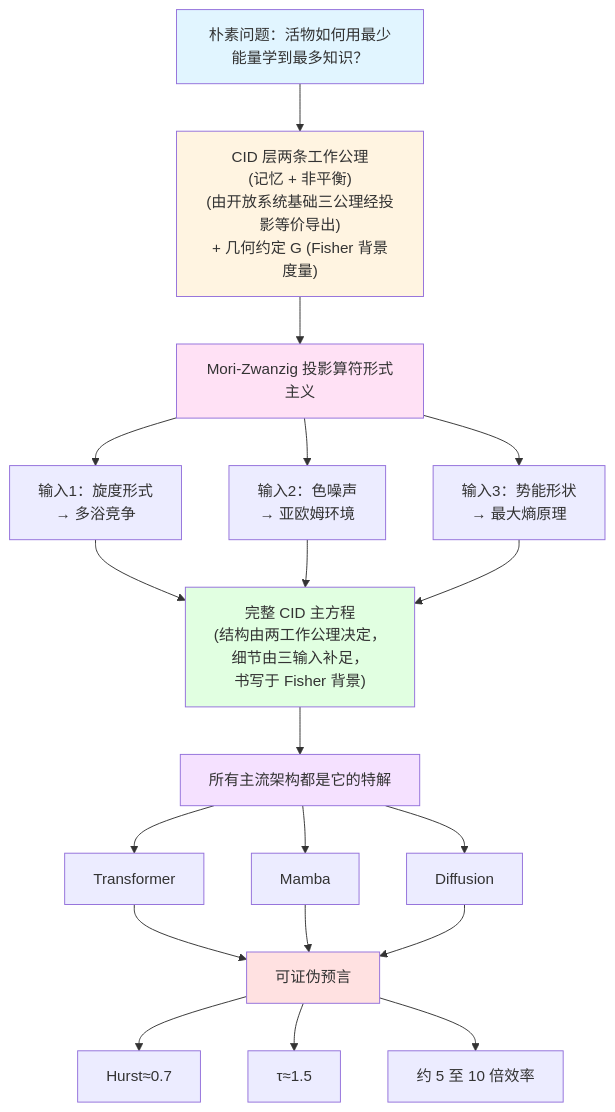
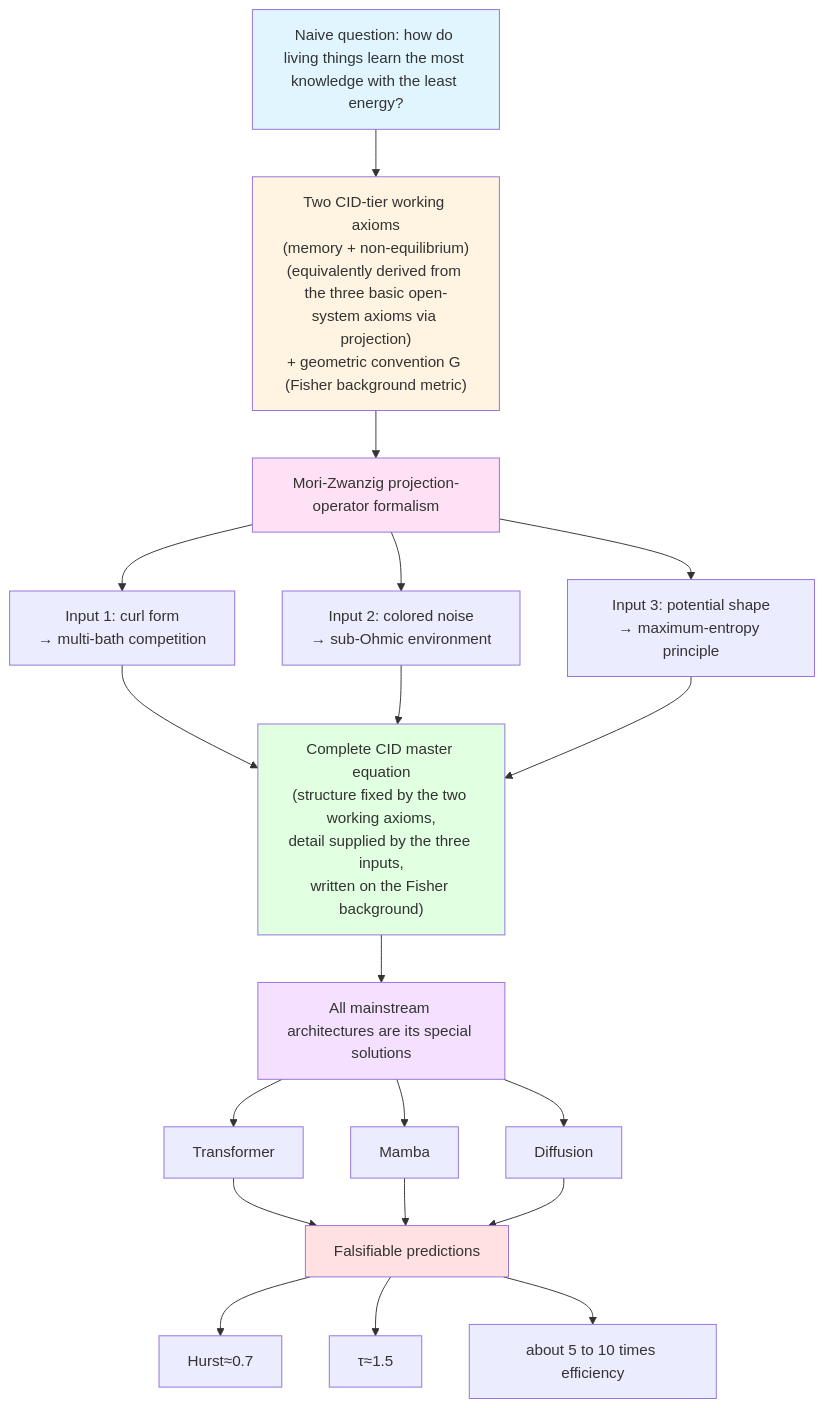
One commit to gwailee/uid changed the diagram in tmp.md. Above: the diagram before and after it, drawn with Mermaid. The commit also changed other lines of this file, not shown here.

````diff
--- a/tmp.md
+++ b/tmp.md
@@ -227,44 +227,44 @@
 ```mermaid
 graph TD
-    A["朴素问题：活物如何用最少能量学到最多知识？"]
-    B["CID 层两条工作公理<br/>(记忆 + 非平衡)<br/>(由开放系统基础三公理经投影等价导出)<br/>+ 几何约定 G (Fisher 背景度量)"]
-    C["Mori-Zwanzig 投影算符形式主义"]
-    D1["输入1：旋度形式<br/>→ 多浴竞争"]
-    D2["输入2：色噪声<br/>→ 亚欧姆环境"]
-    D3["输入3：势能形状<br/>→ 最大熵原理"]
-    E["完整 CID 主方程<br/>(结构由两工作公理决定，<br/>细节由三输入补足，<br/>书写于 Fisher 背景)"]
-    F["所有主流架构都是它的特解"]
+    A["Naive question: how do living things learn the most knowledge with the least energy?"]
+    B["Two CID-tier working axioms<br/>(memory + non-equilibrium)<br/>(equivalently derived from the three basic open-system axioms via projection)<br/>+ geometric convention G (Fisher background metric)"]
+    C["Mori-Zwanzig projection-operator formalism"]
+    D1["Input 1: curl form<br/>→ multi-bath competition"]
+    D2["Input 2: colored noise<br/>→ sub-Ohmic environment"]
+    D3["Input 3: potential shape<br/>→ maximum-entropy principle"]
+    E["Complete CID master equation<br/>(structure fixed by the two working axioms,<br/>detail supplied by the three inputs,<br/>written on the Fisher background)"]
+    F["All mainstream architectures are its special solutions"]
     G1["Transformer"]
     G2["Mamba"]
     G3["Diffusion"]
-    H["可证伪预言"]
+    H["Falsifiable predictions"]
     I1["Hurst≈0.7"]
     I2["τ≈1.5"]
-    I3["约 5 至 10 倍效率"]
+    I3["about 5 to 10 times efficiency"]
 
     A --> B
     B --> C
     C --> D1
     C --> D2
     C --> D3
     D1 --> E
     D2 --> E
     D3 --> E
     E --> F
     F --> G1
     F --> G2
     F --> G3
     G1 --> H
     G2 --> H
     G3 --> H
     H --> I1
     H --> I2
     H --> I3
 
     style A fill:#e1f5ff
     style B fill:#fff4e1
     style C fill:#ffe1f5
     style E fill:#e1ffe1
     style F fill:#f5e1ff
     style H fill:#ffe1e1
 ```
````
